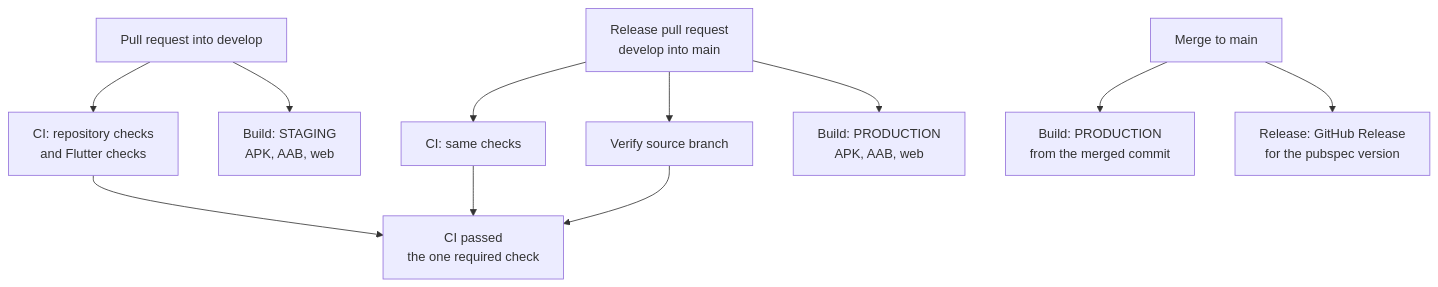
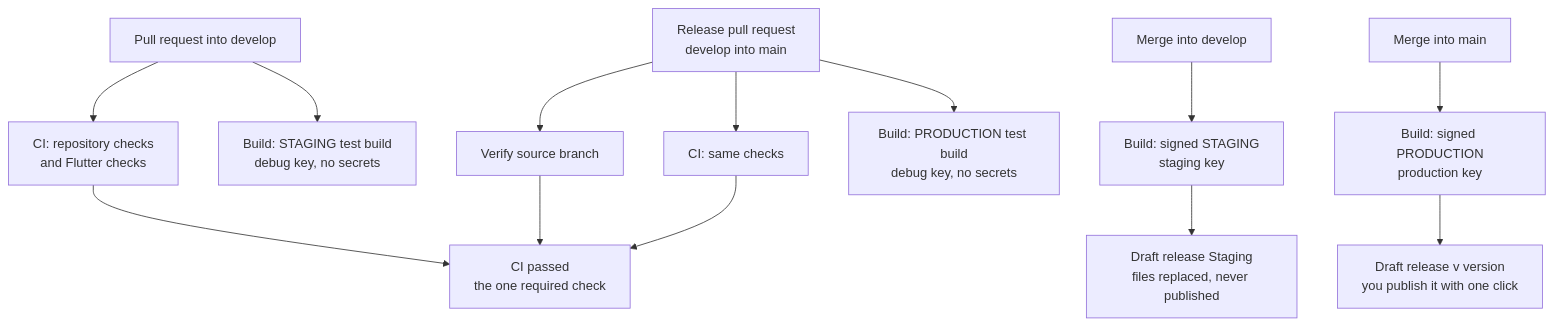
Before and after one commit to alihaidar0/flutter-template: the eighth of 12 diagrams in README.md, drawn with Mermaid. The commit also changed other lines of this file and 10 other files, not shown here.

````diff
--- a/README.md
+++ b/README.md
@@ -614,13 +625,15 @@
 ```mermaid
 flowchart TD
     PD["Pull request into develop"] --> CI1["CI: repository checks<br/>and Flutter checks"]
-    PD --> BS["Build: STAGING<br/>APK, AAB, web"]
+    PD --> BS["Build: STAGING test build<br/>debug key, no secrets"]
+    MD["Merge into develop"] --> SS["Build: signed STAGING<br/>staging key"]
+    SS --> DS["Draft release Staging<br/>files replaced, never published"]
     PM["Release pull request<br/>develop into main"] --> VS["Verify source branch"]
     PM --> CI2["CI: same checks"]
-    PM --> BP["Build: PRODUCTION<br/>APK, AAB, web"]
-    MM["Merge to main"] --> BP2["Build: PRODUCTION<br/>from the merged commit"]
-    MM --> RL["Release: GitHub Release<br/>for the pubspec version"]
+    PM --> BP["Build: PRODUCTION test build<br/>debug key, no secrets"]
+    MM["Merge into main"] --> SP["Build: signed PRODUCTION<br/>production key"]
+    SP --> DP["Draft release v version<br/>you publish it with one click"]
     CI1 --> GATE["CI passed<br/>the one required check"]
     CI2 --> GATE
     VS --> GATE
 ```
````
